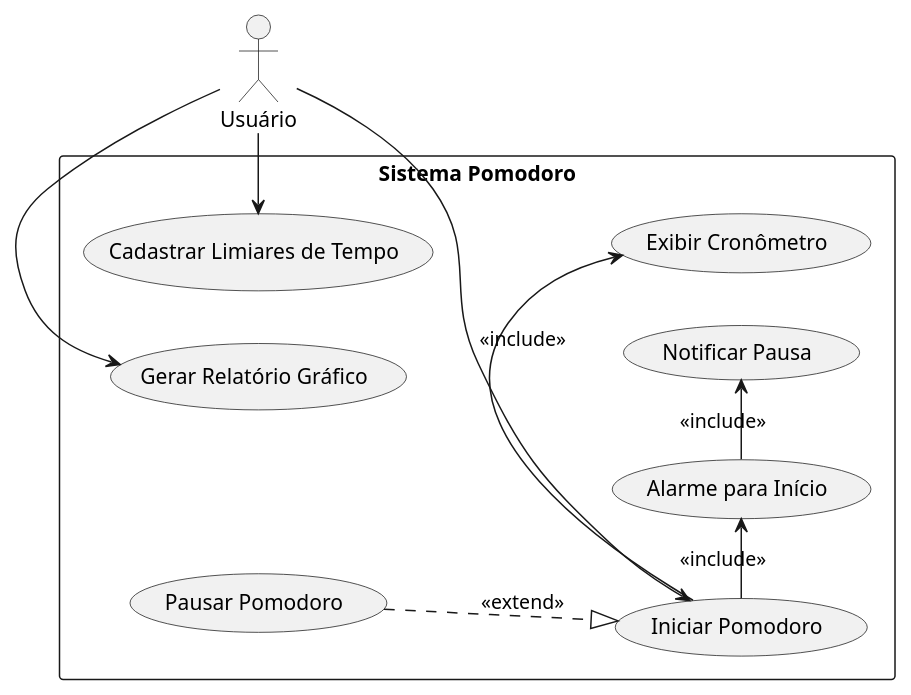
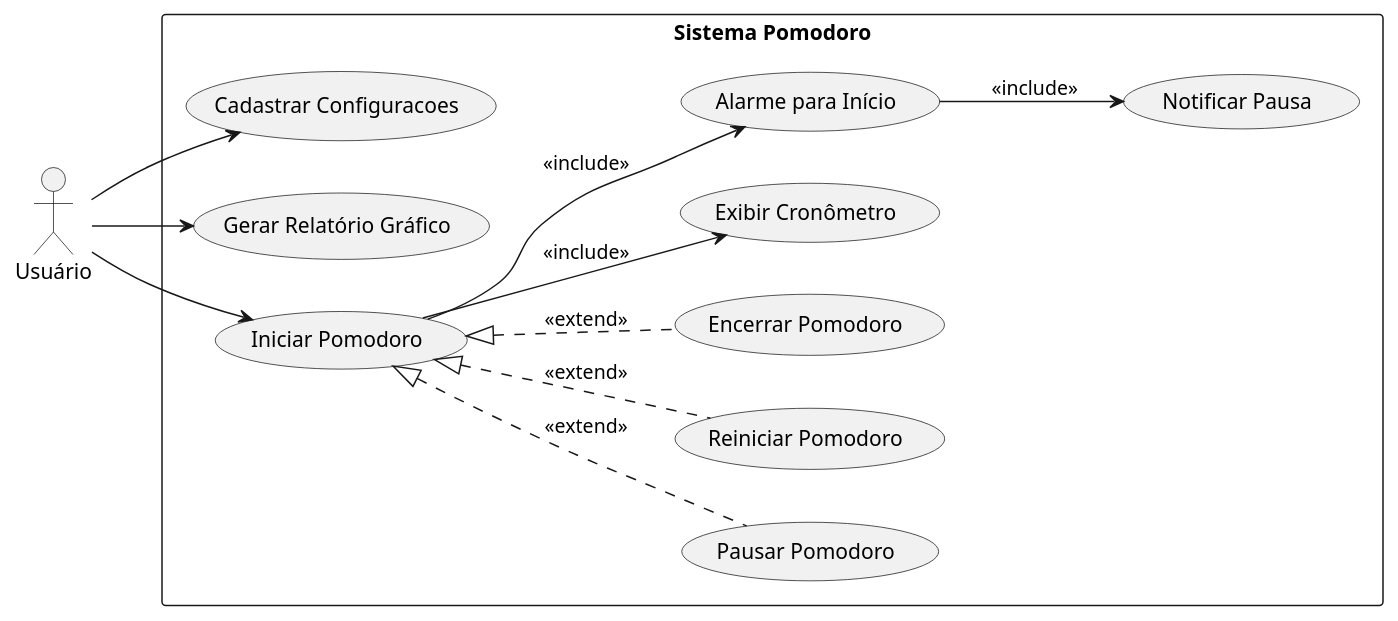
Before and after one commit to queirozPedro/pomodoro: the diagram in docs/diagramas/casosdeuso.iuml, drawn with PlantUML. The commit also changed 5 other files, not shown here.

First line of the commit message:
feat(doc) : Atualizar a diagramação do projeto

```diff
--- a/docs/diagramas/casosdeuso.iuml
+++ b/docs/diagramas/casosdeuso.iuml
@@ -1,32 +1,36 @@
 @startuml "Diagrama de Casos de Uso"
 
 actor "Usuário" as Usuario
 
 left to right direction
 
 rectangle "Sistema Pomodoro" {
 
-    usecase "Cadastrar Limiares de Tempo" as CadastrarTempo
+    usecase "Cadastrar Configuracoes" as CadastrarConfiguracoes
 
     usecase "Iniciar Pomodoro" as IniciarPomodoro
     usecase "Pausar Pomodoro" as PausarPomodoro
+    usecase "Reiniciar Pomodoro" as ReiniciarPomodoro
+    usecase "Encerrar Pomodoro" as EncerrarPomodoro	
     usecase "Exibir Cronômetro" as ExibirCronometro
 
     usecase "Notificar Pausa" as NotificarPausa
     usecase "Alarme para Início" as AlarmeInicio
     
     usecase "Gerar Relatório Gráfico" as GerarRelatorio
 
-    Usuario -> CadastrarTempo
-    Usuario -> IniciarPomodoro
-    Usuario -> GerarRelatorio
+    Usuario --> IniciarPomodoro
+    Usuario -right-> CadastrarConfiguracoes
+    Usuario -right-> GerarRelatorio
     
-    IniciarPomodoro -> ExibirCronometro : "<<include>>"
-    IniciarPomodoro -> AlarmeInicio : "<<include>>"
+    IniciarPomodoro --> ExibirCronometro : "<<include>>"
+    IniciarPomodoro --> AlarmeInicio : "<<include>>"
 
-    PausarPomodoro ..|> IniciarPomodoro : "<<extend>>"
-    AlarmeInicio -> NotificarPausa : "<<include>>"
+    PausarPomodoro .up.|> IniciarPomodoro : "<<extend>>"
+    ReiniciarPomodoro .up.|> IniciarPomodoro : "<<extend>>"
+    EncerrarPomodoro .up.|> IniciarPomodoro : "<<extend>>"
+    AlarmeInicio --> NotificarPausa : "<<include>>"
     
 }
 
 @enduml
```
